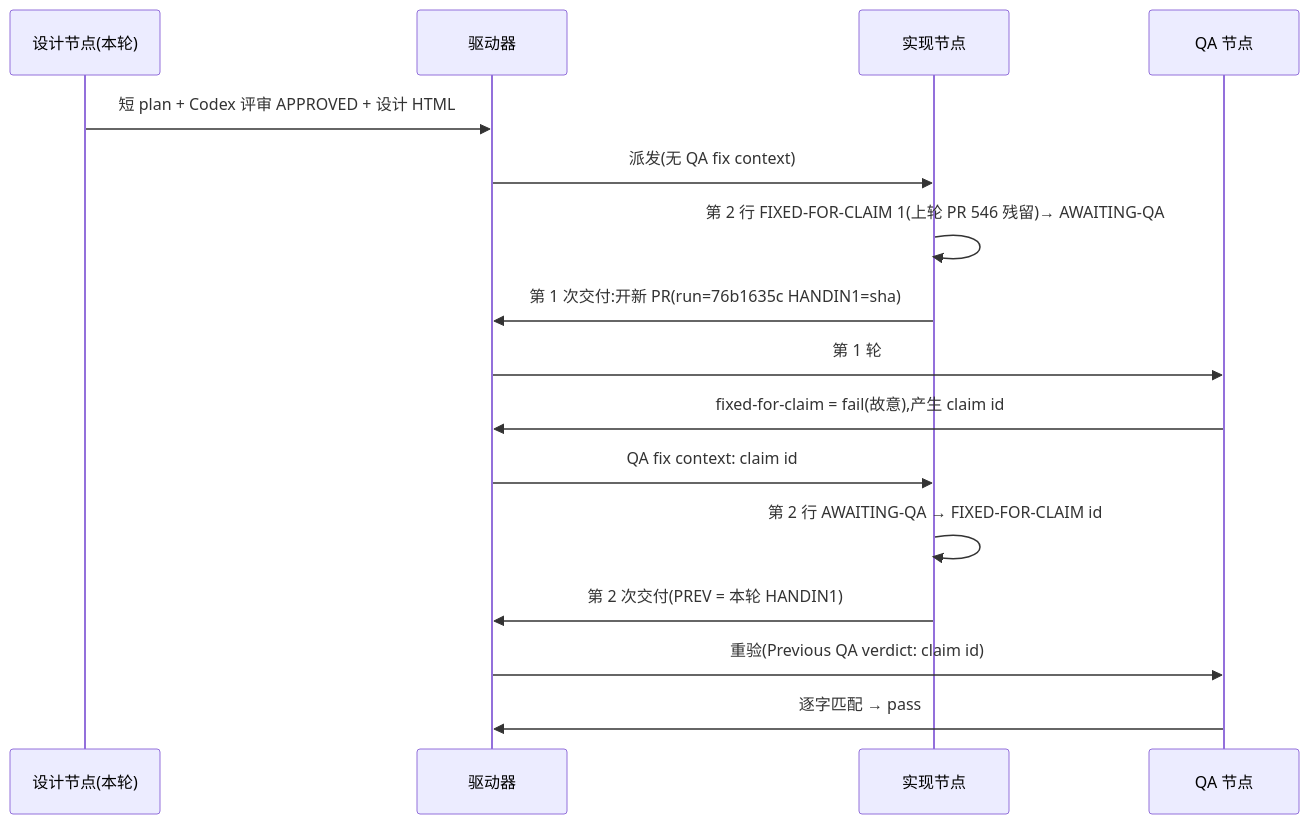
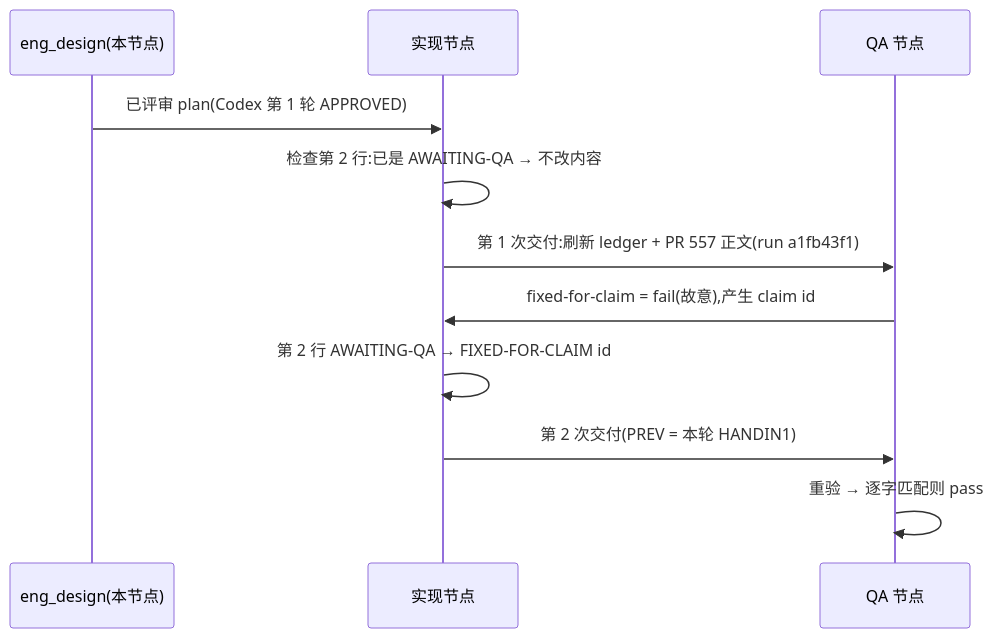
One commit to xrliAnnie/flywheel-qa-sandbox changed the diagram in engineering/doc/FLY-3226-real-runner-drill/d1-core-flow.mmd. Above: the diagram before and after it, drawn with Mermaid. The commit also changed 7 other files, not shown here.

```diff
--- a/engineering/doc/FLY-3226-real-runner-drill/d1-core-flow.mmd
+++ b/engineering/doc/FLY-3226-real-runner-drill/d1-core-flow.mmd
@@ -1,16 +1,11 @@
 sequenceDiagram
-    participant S as 设计节点(本轮)
-    participant D as 驱动器
+    participant S as eng_design(本节点)
     participant I as 实现节点
     participant Q as QA 节点
-    S->>D: 短 plan + Codex 评审 APPROVED + 设计 HTML
-    D->>I: 派发(无 QA fix context)
-    I->>I: 第 2 行 FIXED-FOR-CLAIM 1(上轮 PR 546 残留)→ AWAITING-QA
-    I->>D: 第 1 次交付:开新 PR(run=76b1635c HANDIN1=sha)
-    D->>Q: 第 1 轮
-    Q->>D: fixed-for-claim = fail(故意),产生 claim id
-    D->>I: QA fix context: claim id
+    S->>I: 已评审 plan(Codex 第 1 轮 APPROVED)
+    I->>I: 检查第 2 行:已是 AWAITING-QA → 不改内容
+    I->>Q: 第 1 次交付:刷新 ledger + PR 557 正文(run a1fb43f1)
+    Q->>I: fixed-for-claim = fail(故意),产生 claim id
     I->>I: 第 2 行 AWAITING-QA → FIXED-FOR-CLAIM id
-    I->>D: 第 2 次交付(PREV = 本轮 HANDIN1)
-    D->>Q: 重验(Previous QA verdict: claim id)
-    Q->>D: 逐字匹配 → pass
+    I->>Q: 第 2 次交付(PREV = 本轮 HANDIN1)
+    Q->>Q: 重验 → 逐字匹配则 pass
```
